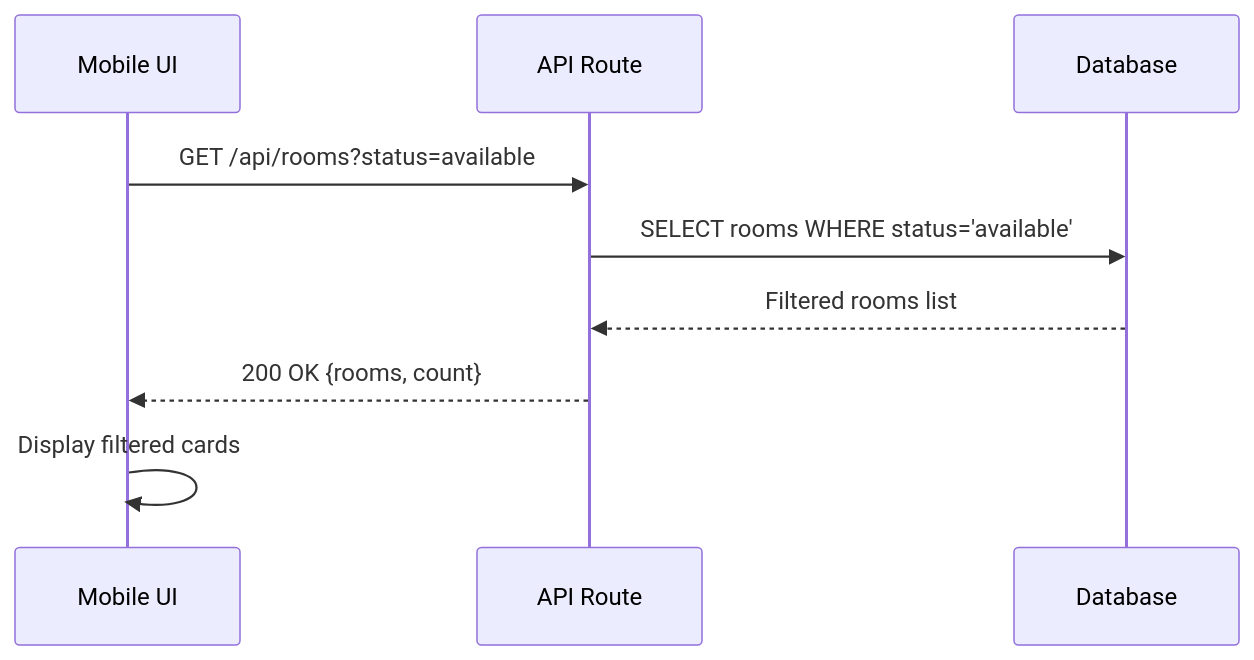
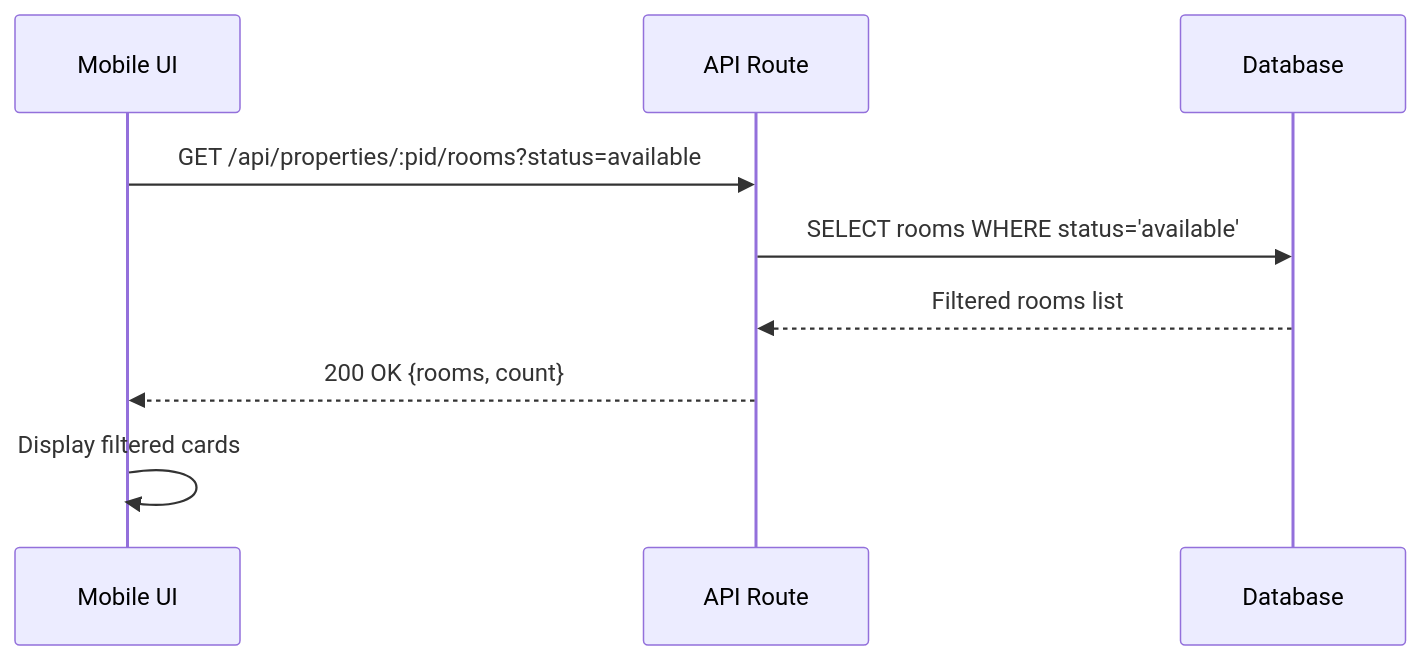
The fifth of 5 diagrams in specs/room-inventory-management/design.md (ahmadfadhil621/e-kost), drawn with Mermaid before and after one commit. The commit also changed other lines of this file and 14 other files, not shown here.

````diff
--- a/specs/room-inventory-management/design.md
+++ b/specs/room-inventory-management/design.md
@@ -98,12 +98,12 @@
 ```mermaid
 sequenceDiagram
     participant UI as Mobile UI
     participant API as API Route
     participant DB as Database
     
-    UI->>API: GET /api/rooms?status=available
+    UI->>API: GET /api/properties/:pid/rooms?status=available
     API->>DB: SELECT rooms WHERE status='available'
     DB-->>API: Filtered rooms list
     API-->>UI: 200 OK {rooms, count}
     UI->>UI: Display filtered cards
 ```
````
